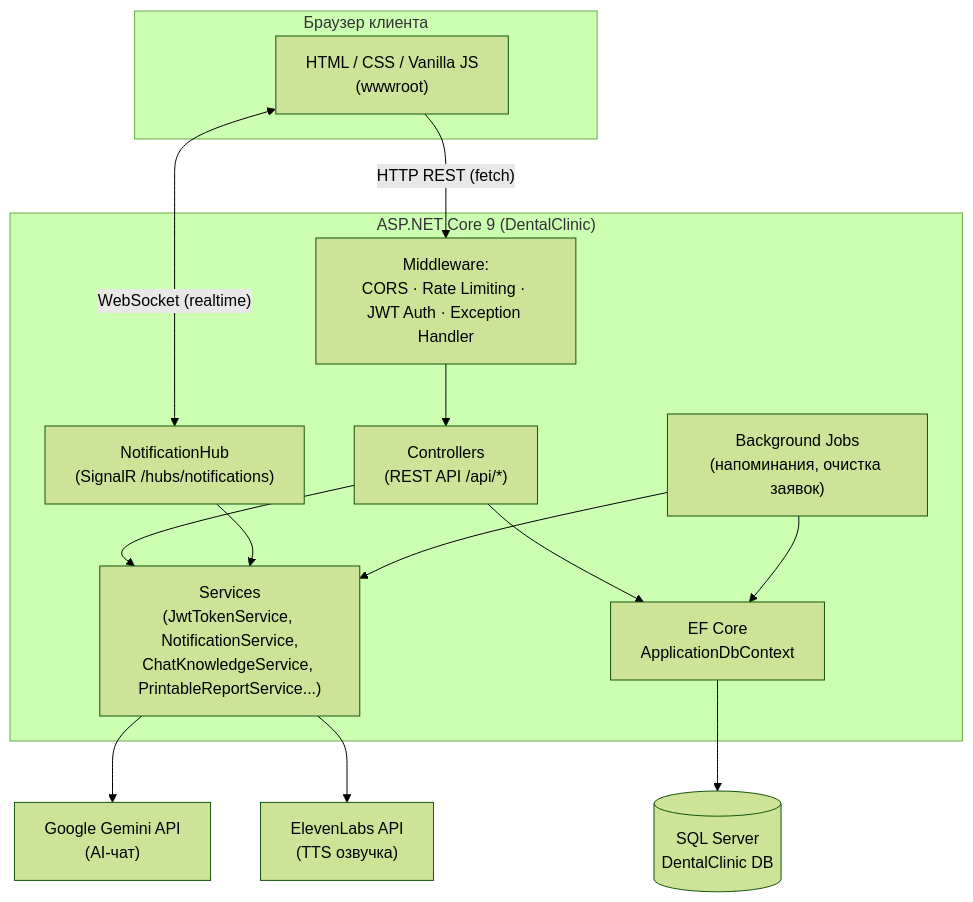
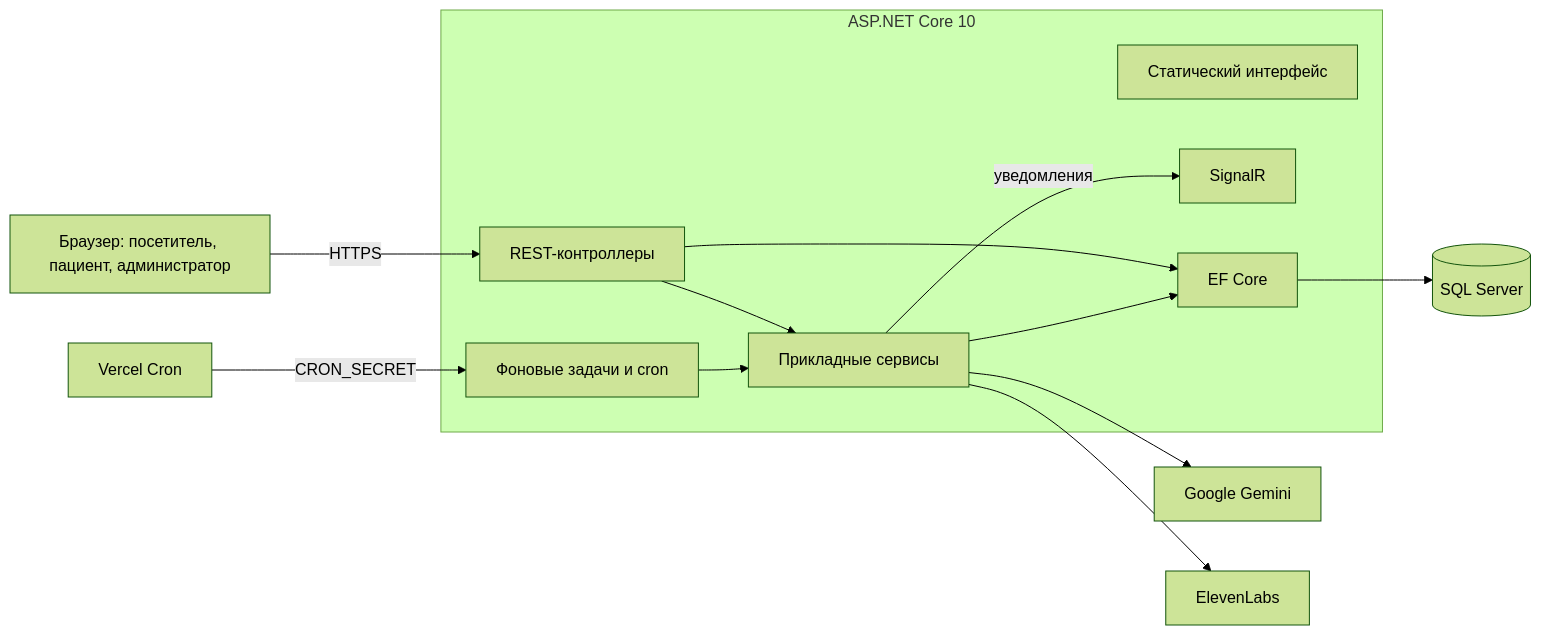
Before and after one commit to ViolettaNcl/DentalClinic: the first of 4 diagrams in docs/ARCHITECTURE.md, drawn with Mermaid (forest theme). The commit also changed other lines of this file and 37 other files, not shown here.

````diff
--- a/docs/ARCHITECTURE.md
+++ b/docs/ARCHITECTURE.md
@@ -18,31 +9,21 @@
 ```mermaid
-flowchart TB
-    subgraph Client["Браузер клиента"]
-        UI["HTML / CSS / Vanilla JS<br/>(wwwroot)"]
+flowchart LR
+    B["Браузер: посетитель, пациент, администратор"] -->|HTTPS| API
+    subgraph APP["ASP.NET Core 10"]
+        WEB["Статический интерфейс"]
+        API["REST-контроллеры"]
+        S["Прикладные сервисы"]
+        HUB["SignalR"]
+        JOBS["Фоновые задачи и cron"]
+        EF["EF Core"]
+        API --> S
+        API --> EF
+        JOBS --> S
+        S --> EF
+        S -->|уведомления| HUB
     end
-
-    subgraph Server["ASP.NET Core 9 (DentalClinic)"]
-        MW["Middleware:<br/>CORS · Rate Limiting · JWT Auth · Exception Handler"]
-        API["Controllers<br/>(REST API /api/*)"]
-        HUB["NotificationHub<br/>(SignalR /hubs/notifications)"]
-        SVC["Services<br/>(JwtTokenService, NotificationService,<br/>ChatKnowledgeService, PrintableReportService...)"]
-        JOBS["Background Jobs<br/>(напоминания, очистка заявок)"]
-        EF["EF Core<br/>ApplicationDbContext"]
-    end
-
-    DB[("SQL Server<br/>DentalClinic DB")]
-    GEMINI["Google Gemini API<br/>(AI-чат)"]
-    ELEVEN["ElevenLabs API<br/>(TTS озвучка)"]
-
-    UI -- "HTTP REST (fetch)" --> MW
-    UI <-- "WebSocket (realtime)" --> HUB
-    MW --> API
-    API --> SVC
-    API --> EF
-    HUB --> SVC
-    JOBS --> EF
-    JOBS --> SVC
-    SVC --> GEMINI
-    SVC --> ELEVEN
-    EF --> DB
+    EF --> SQL[("SQL Server")]
+    S --> GEMINI["Google Gemini"]
+    S --> ELEVEN["ElevenLabs"]
+    CRON["Vercel Cron"] -->|CRON_SECRET| JOBS
 ```
````
